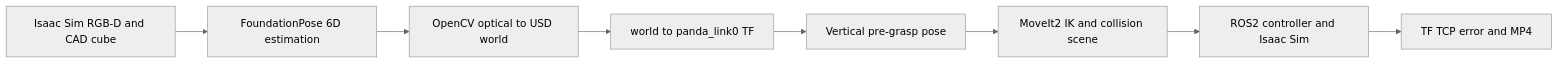
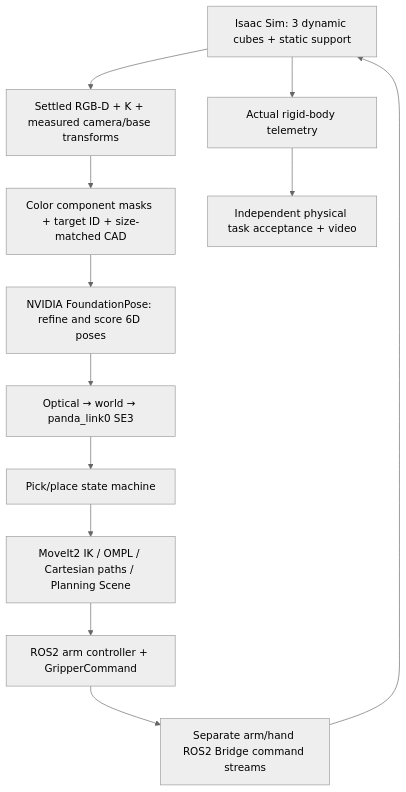
One commit to Kim-Qi/vision-guided-robot-motion-planning changed the diagram in README.md. Above: the diagram before and after it, drawn with Mermaid (neutral theme). The commit also changed other lines of this file and 137 other files, not shown here.

Commit message:
feat: add multi-object vision-guided pick-and-place pipeline

````diff
--- a/README.md
+++ b/README.md
@@ -29,10 +25,14 @@
 ```mermaid
-flowchart LR
-    A[Isaac Sim RGB-D and CAD cube] --> B[FoundationPose 6D estimation]
-    B --> C[OpenCV optical to USD world]
-    C --> D[world to panda_link0 TF]
-    D --> E[Vertical pre-grasp pose]
-    E --> F[MoveIt2 IK and collision scene]
-    F --> G[ROS2 controller and Isaac Sim]
-    G --> H[TF TCP error and MP4]
+flowchart TD
+    A[Isaac Sim: 3 dynamic cubes + static support] --> B[Settled RGB-D + K + measured camera/base transforms]
+    B --> C[Color component masks + target ID + size-matched CAD]
+    C --> D[NVIDIA FoundationPose: refine and score 6D poses]
+    D --> E[Optical → world → panda_link0 SE3]
+    E --> F[Pick/place state machine]
+    F --> G[MoveIt2 IK / OMPL / Cartesian paths / Planning Scene]
+    G --> H[ROS2 arm controller + GripperCommand]
+    H --> I[Separate arm/hand ROS2 Bridge command streams]
+    I --> A
+    A --> J[Actual rigid-body telemetry]
+    J --> K[Independent physical task acceptance + video]
 ```
````
